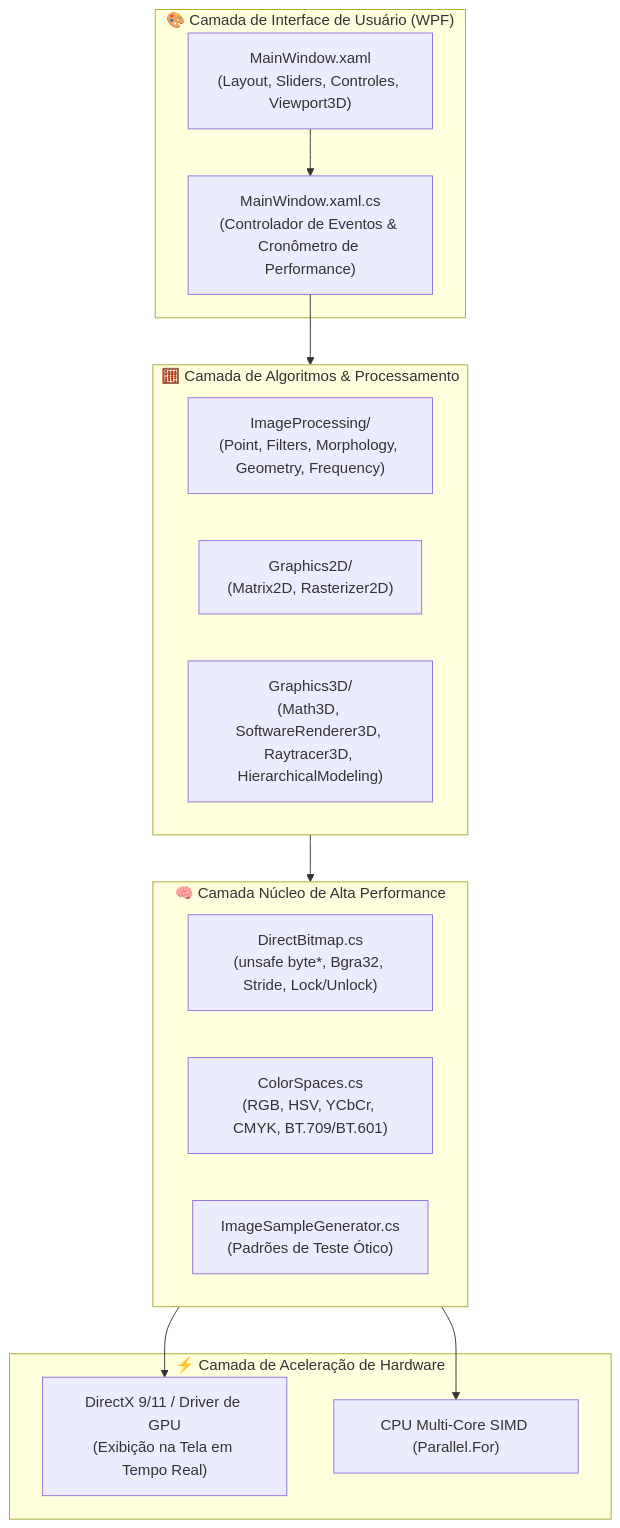
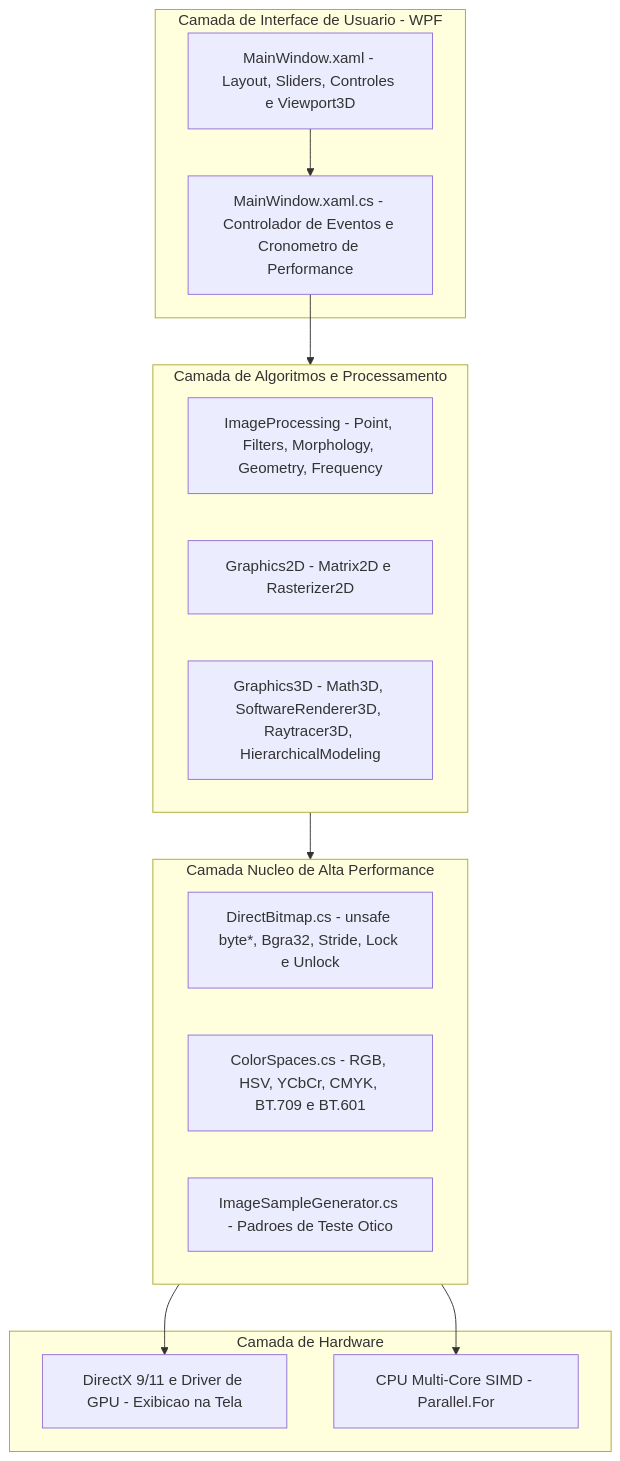
One commit to Gabriel-Freitas-S/CGPDI.StudyLab changed the diagram in docs/src/content/docs/arquitetura/visao-geral.md. Above: the diagram before and after it, drawn with Mermaid. The commit also changed other lines of this file and 35 other files, not shown here.

Commit message:
docs: aprimorar linguagem didatica e suporte nativo a diagramas Mermaid

````diff
--- a/docs/src/content/docs/arquitetura/visao-geral.md
+++ b/docs/src/content/docs/arquitetura/visao-geral.md
@@ -12,30 +12,30 @@
 ```mermaid
 graph TB
-    subgraph UI_Layer["🎨 Camada de Interface de Usuário (WPF)"]
-        MainWindowXAML["MainWindow.xaml\n(Layout, Sliders, Controles, Viewport3D)"]
-        MainWindowCS["MainWindow.xaml.cs\n(Controlador de Eventos & Cronômetro de Performance)"]
+    subgraph UI_Layer[Camada de Interface de Usuario - WPF]
+        MainWindowXAML[MainWindow.xaml - Layout, Sliders, Controles e Viewport3D]
+        MainWindowCS[MainWindow.xaml.cs - Controlador de Eventos e Cronometro de Performance]
     end
 
-    subgraph Service_Layer["🧮 Camada de Algoritmos & Processamento"]
-        PDI["ImageProcessing/\n(Point, Filters, Morphology, Geometry, Frequency)"]
-        G2D["Graphics2D/\n(Matrix2D, Rasterizer2D)"]
-        G3D["Graphics3D/\n(Math3D, SoftwareRenderer3D, Raytracer3D, HierarchicalModeling)"]
+    subgraph Service_Layer[Camada de Algoritmos e Processamento]
+        PDI[ImageProcessing - Point, Filters, Morphology, Geometry, Frequency]
+        G2D[Graphics2D - Matrix2D e Rasterizer2D]
+        G3D[Graphics3D - Math3D, SoftwareRenderer3D, Raytracer3D, HierarchicalModeling]
     end
 
-    subgraph Core_Layer["🧠 Camada Núcleo de Alta Performance"]
-        DirectBitmap["DirectBitmap.cs\n(unsafe byte*, Bgra32, Stride, Lock/Unlock)"]
-        ColorSpaces["ColorSpaces.cs\n(RGB, HSV, YCbCr, CMYK, BT.709/BT.601)"]
-        SampleGen["ImageSampleGenerator.cs\n(Padrões de Teste Ótico)"]
+    subgraph Core_Layer[Camada Nucleo de Alta Performance]
+        DirectBitmap[DirectBitmap.cs - unsafe byte*, Bgra32, Stride, Lock e Unlock]
+        ColorSpaces[ColorSpaces.cs - RGB, HSV, YCbCr, CMYK, BT.709 e BT.601]
+        SampleGen[ImageSampleGenerator.cs - Padroes de Teste Otico]
     end
 
-    subgraph Hardware_Layer["⚡ Camada de Aceleração de Hardware"]
-        DirectX["DirectX 9/11 / Driver de GPU\n(Exibição na Tela em Tempo Real)"]
-        MultiCore["CPU Multi-Core SIMD (Parallel.For)"]
+    subgraph Hardware_Layer[Camada de Hardware]
+        DirectX[DirectX 9/11 e Driver de GPU - Exibicao na Tela]
+        MultiCore[CPU Multi-Core SIMD - Parallel.For]
     end
 
     MainWindowXAML --> MainWindowCS
     MainWindowCS --> Service_Layer
     Service_Layer --> Core_Layer
     Core_Layer --> MultiCore
     Core_Layer --> DirectX
 ```
````
